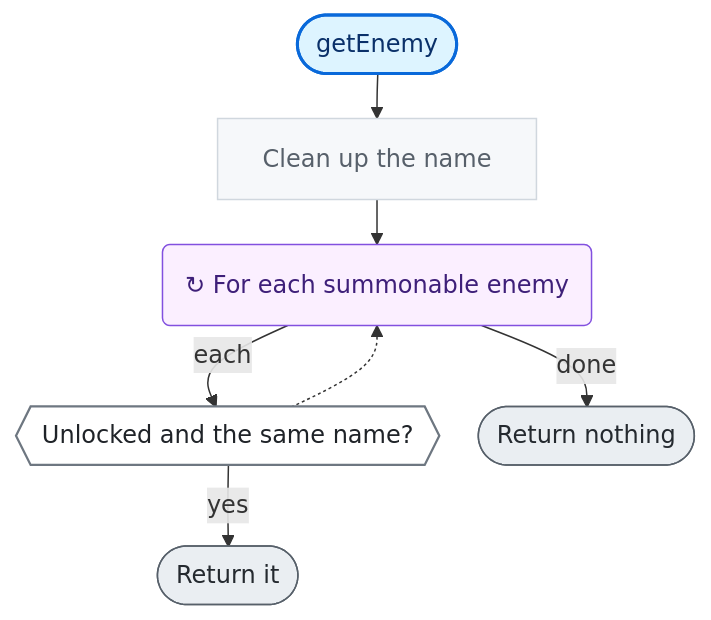
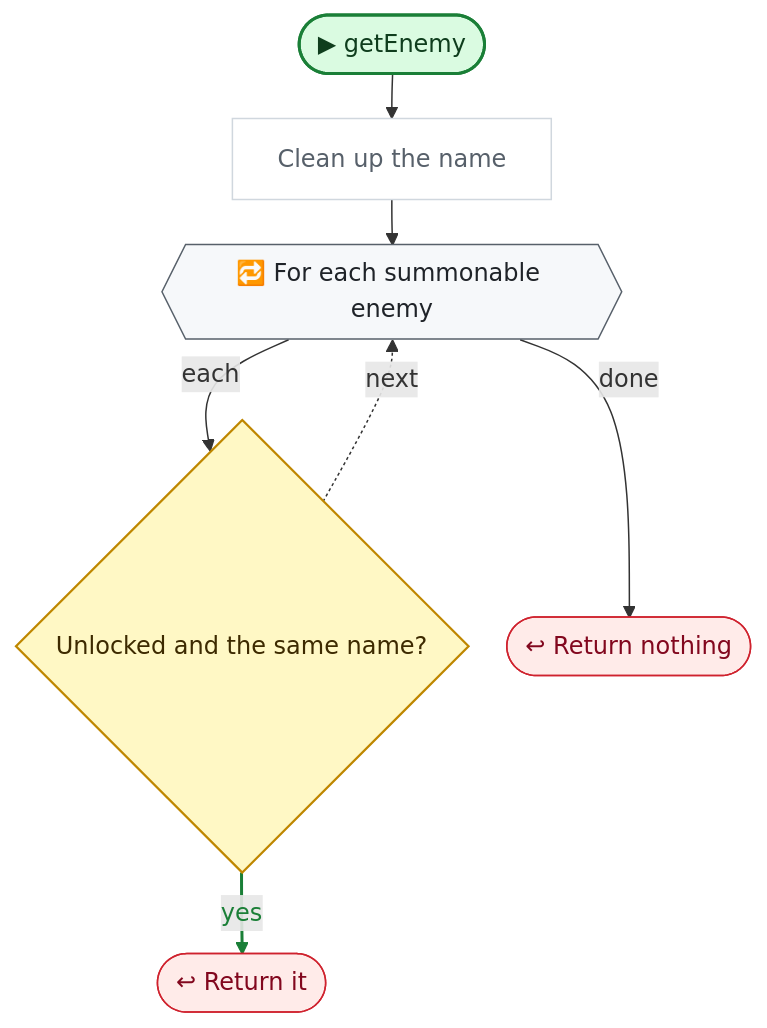
Before and after one commit to nataiai/Lord-of-the-Dungeon: the fourth of 4 diagrams in CodeGraph~/graph/Connector/SummonDB.cs.md, drawn with Mermaid. The commit also changed other lines of this file and 44 other files, not shown here.

````diff
--- a/CodeGraph~/graph/Connector/SummonDB.cs.md
+++ b/CodeGraph~/graph/Connector/SummonDB.cs.md
@@ -132,37 +146,42 @@
 ```mermaid
 ---
 config:
   flowchart:
     wrappingWidth: 260
     nodeSpacing: 26
     rankSpacing: 30
 ---
 flowchart TD
-  nS(["getEnemy"])
+  nS(["▶ getEnemy"])
   n555459["Clean up the name"]
-  nc7ea8e("  ↻ For each summonable enemy  ")
-  nb287f9{{"Unlocked and the same name?"}}
-  nb5db5c(["Return it"])
-  neebe27(["Return nothing"])
+  nc7ea8e{{"🔁 For each summonable enemy"}}
+  nb287f9{"Unlocked and the same name?"}
+  nb5db5c(["↩ Return it"])
+  neebe27(["↩ Return nothing"])
   nS --> n555459
   n555459 --> nc7ea8e
   nc7ea8e -->|each| nb287f9
   nb287f9 -->|yes| nb5db5c
-  nb287f9 -.-> nc7ea8e
+  nb287f9 -.->|next| nc7ea8e
   nc7ea8e -->|done| neebe27
-  classDef unity fill:#fff1c2,stroke:#9a6700,stroke-width:2px,color:#3b2300
-  classDef start fill:#ddf4ff,stroke:#0969da,stroke-width:2px,color:#0a3069
-  classDef calc fill:#f6f8fa,stroke:#d0d7de,color:#57606a
-  classDef calls fill:#ffffff,stroke:#0969da,stroke-width:2.5px,color:#0a3069
-  classDef cond fill:#ffffff,stroke:#6e7781,stroke-width:1.5px,color:#1f2328
-  classDef loop fill:#fbefff,stroke:#8250df,color:#3e1f79
-  classDef exit fill:#eaeef2,stroke:#57606a,color:#24292f
-  classDef wait fill:#fff8f0,stroke:#bc4c00,color:#4d1d00
+  linkStyle 3 stroke:#1a7f37,stroke-width:2px,color:#1a7f37
+  classDef unity fill:#dafbe1,stroke:#1a7f37,stroke-width:2px,color:#0f3d1d
+  classDef start fill:#dafbe1,stroke:#1a7f37,stroke-width:2px,color:#0f3d1d
+  classDef calc fill:#ffffff,stroke:#d0d7de,color:#57606a
+  classDef calls fill:#ddf4ff,stroke:#0969da,stroke-width:2px,color:#0a3069
+  classDef ext fill:#ddf4ff,stroke:#0969da,stroke-width:2px,stroke-dasharray:5 3,color:#0a3069
+  classDef cond fill:#fff8c5,stroke:#bf8700,stroke-width:1.5px,color:#3d2a00
+  classDef loop fill:#f6f8fa,stroke:#57606a,color:#1f2328
+  classDef exit fill:#ffebe9,stroke:#cf222e,color:#82071e
+  classDef kill fill:#ffebe9,stroke:#cf222e,stroke-width:2px,color:#82071e
+  classDef spawn fill:#dafbe1,stroke:#1a7f37,stroke-width:2px,color:#0f3d1d
+  classDef wait fill:#fff1e5,stroke:#bc4c00,color:#4d1d00
   classDef fin fill:#eaeef2,stroke:#8c959f,color:#57606a
   classDef join fill:#d0d7de,stroke:#8c959f,color:#57606a
+  classDef ghdr fill:#f5f9ff,stroke:#f5f9ff,color:#0a3069,font-weight:bold
   class n555459 calc
   class nb287f9 cond
   class nb5db5c,neebe27 exit
   class nc7ea8e loop
   class nS start
 ```
````
